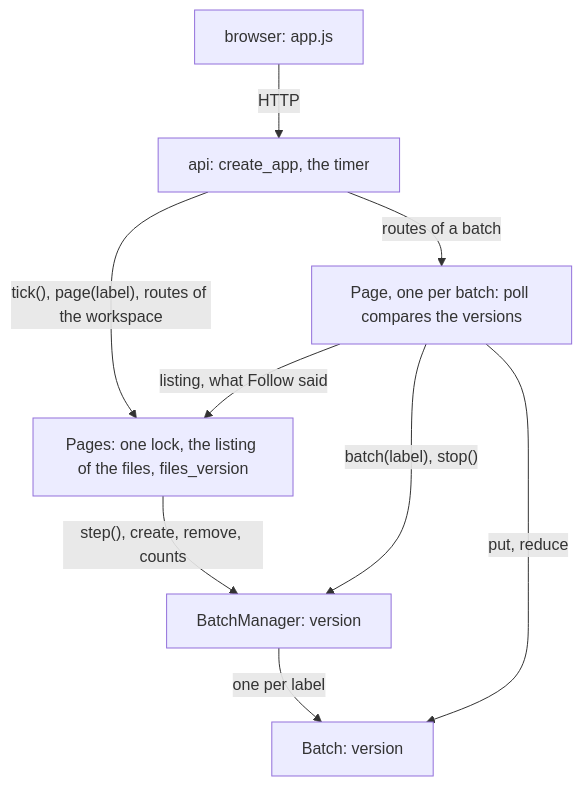
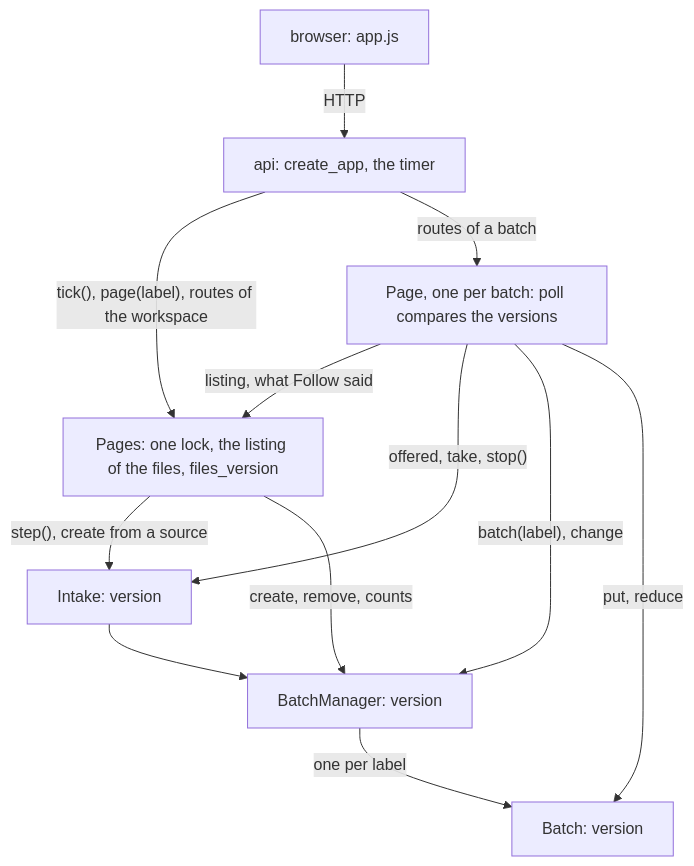
The first of 2 diagrams in packages/essapps/src/ess/apps/batch/web/README.md (scipp/essapps), drawn with Mermaid before and after one commit. The commit also changed other lines of this file and 6 other files, not shown here.

First line of the commit message:
Batch guides: the manager knows no row source; Intake brings rows in

````diff
--- a/packages/essapps/src/ess/apps/batch/web/README.md
+++ b/packages/essapps/src/ess/apps/batch/web/README.md
@@ -243,17 +245,21 @@
 ```mermaid
 flowchart TD
     browser["browser: app.js"]
     api["api: create_app, the timer"]
     pages["Pages: one lock, the listing of the files, files_version"]
     page["Page, one per batch: poll compares the versions"]
+    intake["Intake: version"]
     manager["BatchManager: version"]
     batch["Batch: version"]
     browser -->|HTTP| api
     api -->|"tick(), page(label), routes of the workspace"| pages
     api -->|routes of a batch| page
-    pages -->|"step(), create, remove, counts"| manager
+    pages -->|"step(), create from a source"| intake
+    pages -->|"create, remove, counts"| manager
     page -->|"listing, what Follow said"| pages
-    page -->|"batch(label), stop()"| manager
+    page -->|"offered, take, stop()"| intake
+    page -->|"batch(label), change"| manager
     page -->|"put, reduce"| batch
+    intake --> manager
     manager -->|one per label| batch
 ```
````
